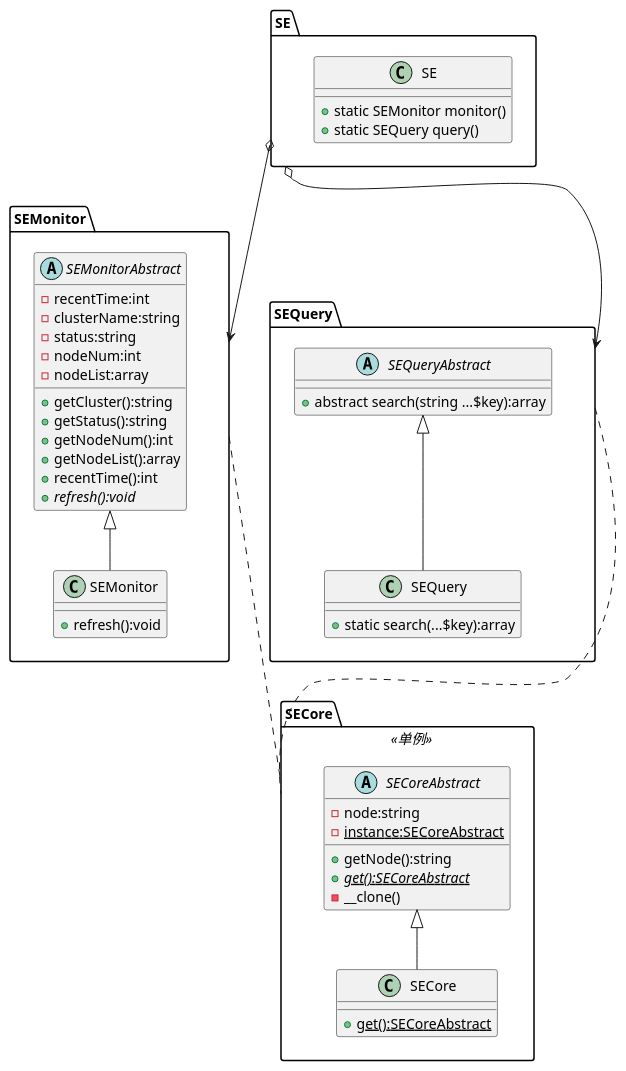
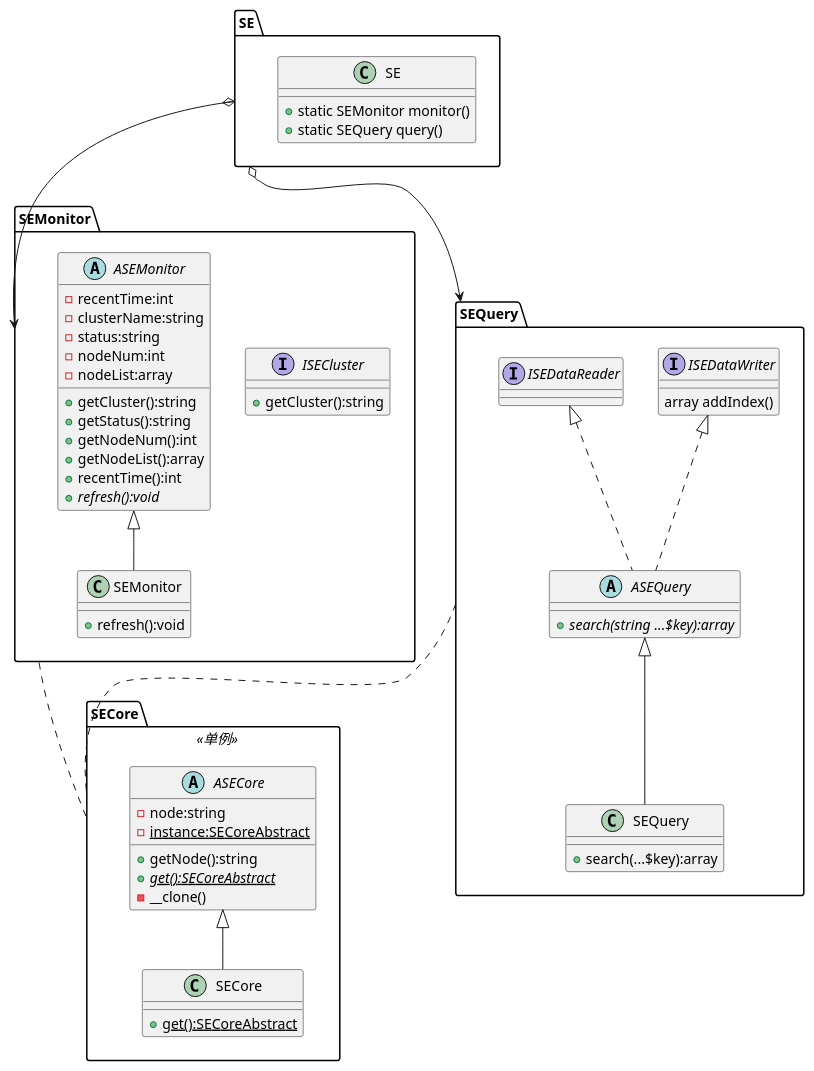
One commit to 1000Delta/CurrentWork changed the diagram in docs/ModuleStructure.puml. Above: the diagram before and after it, drawn with PlantUML. The commit also changed 6 other files, not shown here.

```diff
--- a/docs/ModuleStructure.puml
+++ b/docs/ModuleStructure.puml
@@ -1,80 +1,90 @@
 @startuml
 
 '核心类
 package SECore <<单例>>{
 
     '
-    abstract class SECoreAbstract {
+    abstract class ASECore {
 
     - node:string
     - {static}instance:SECoreAbstract
     + getNode():string
     + {static}{abstract}get():SECoreAbstract
     '防止单例克隆
     - __clone()
     }
 
-    class SECore extends SECoreAbstract {
+    class SECore extends ASECore {
 
     + {static}get():SECoreAbstract
     }
 }
 '*************************************************************************
 '监测类
 package SEMonitor {
 
-    abstract class SEMonitorAbstract {
-    - recentTime:int
-    '集群相关
-    - clusterName:string
-    - status:string
-    - nodeNum:int
-    '节点相关
-    - nodeList:array
-    + getCluster():string
-    + getStatus():string
-    + getNodeNum():int
-    + getNodeList():array
-    + recentTime():int
-    + {abstract}refresh():void
+    interface ISECluster {
+        + getCluster():string
+
     }
 
-    class SEMonitor extends SEMonitorAbstract {
+    abstract class ASEMonitor {
+        - recentTime:int
+        '集群相关
+        - clusterName:string
+        - status:string
+        - nodeNum:int
+        '节点相关
+        - nodeList:array
+        + getCluster():string
+        + getStatus():string
+        + getNodeNum():int
+        + getNodeList():array
+        + recentTime():int
+        + {abstract}refresh():void
+    }
+
+    class SEMonitor extends ASEMonitor {
     + refresh():void
     }
 }
 '*************************************************************************
 
-'查询类
+'请求类
 package SEQuery {
 
-    abstract class SEQueryAbstract {
-    '普通查询 多关键词
-    + abstract search(string ...$key):array
+    interface ISEDataWriter {
+
+        array addIndex()
     }
 
-    class SEQuery extends SEQueryAbstract {
-    + static search(...$key):array
+    abstract class ASEQuery implements ISEDataWriter, ISEDataReader {
+    '普通查询 多关键词
+    + {abstract}search(string ...$key):array
+    }
+
+    class SEQuery extends ASEQuery {
+    + search(...$key):array
     }
 }
 '*************************************************************************
 '管理
 package SE {
 
     class SE {
     + static SEMonitor monitor()
     + static SEQuery query()
     }
 }
 '*************************************************************************
 
 '依赖关系
 SEMonitor ... SECore
 SEQuery ... SECore
 
 '包含关系
 
 SE o--> SEMonitor
 SE o--> SEQuery
 
 @enduml
```
